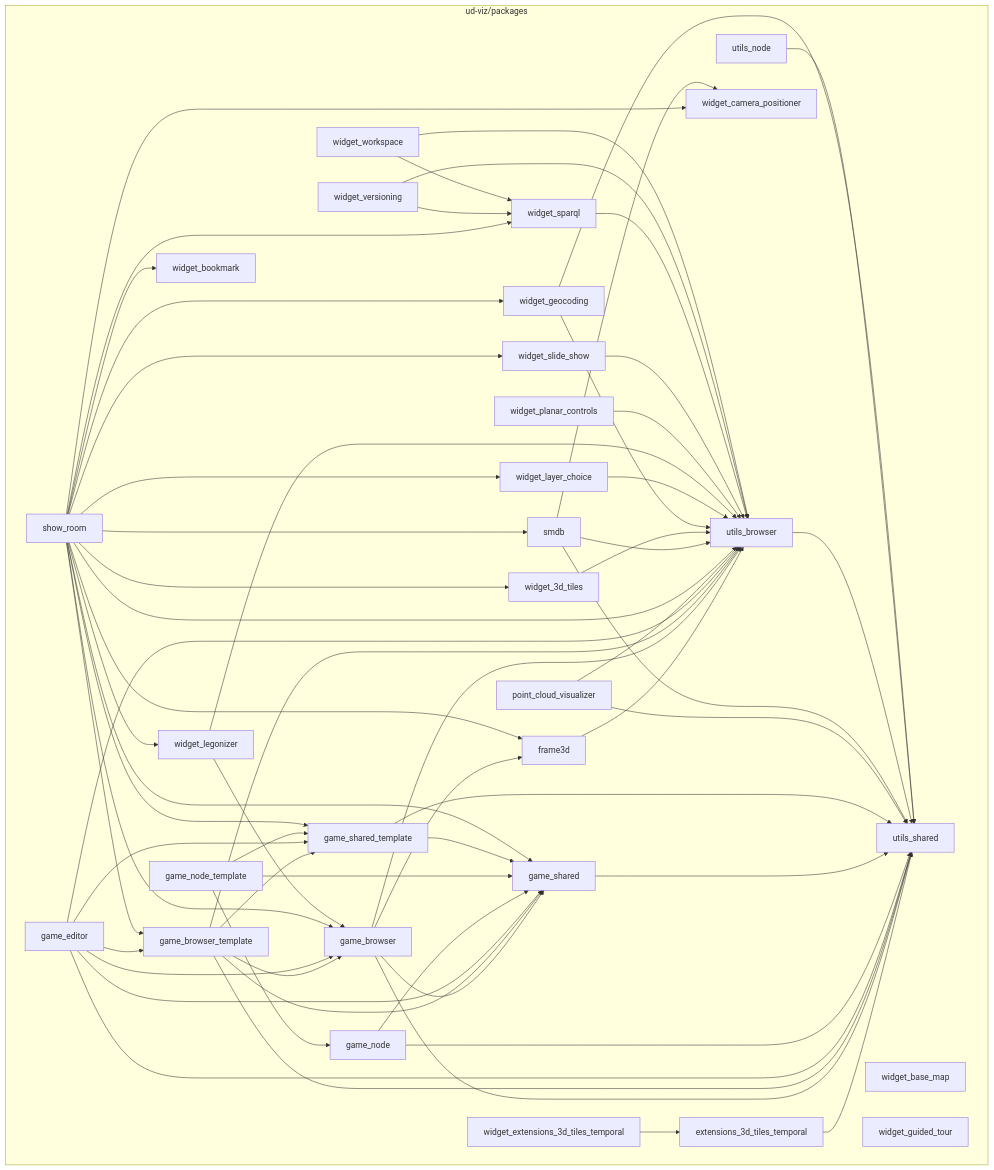
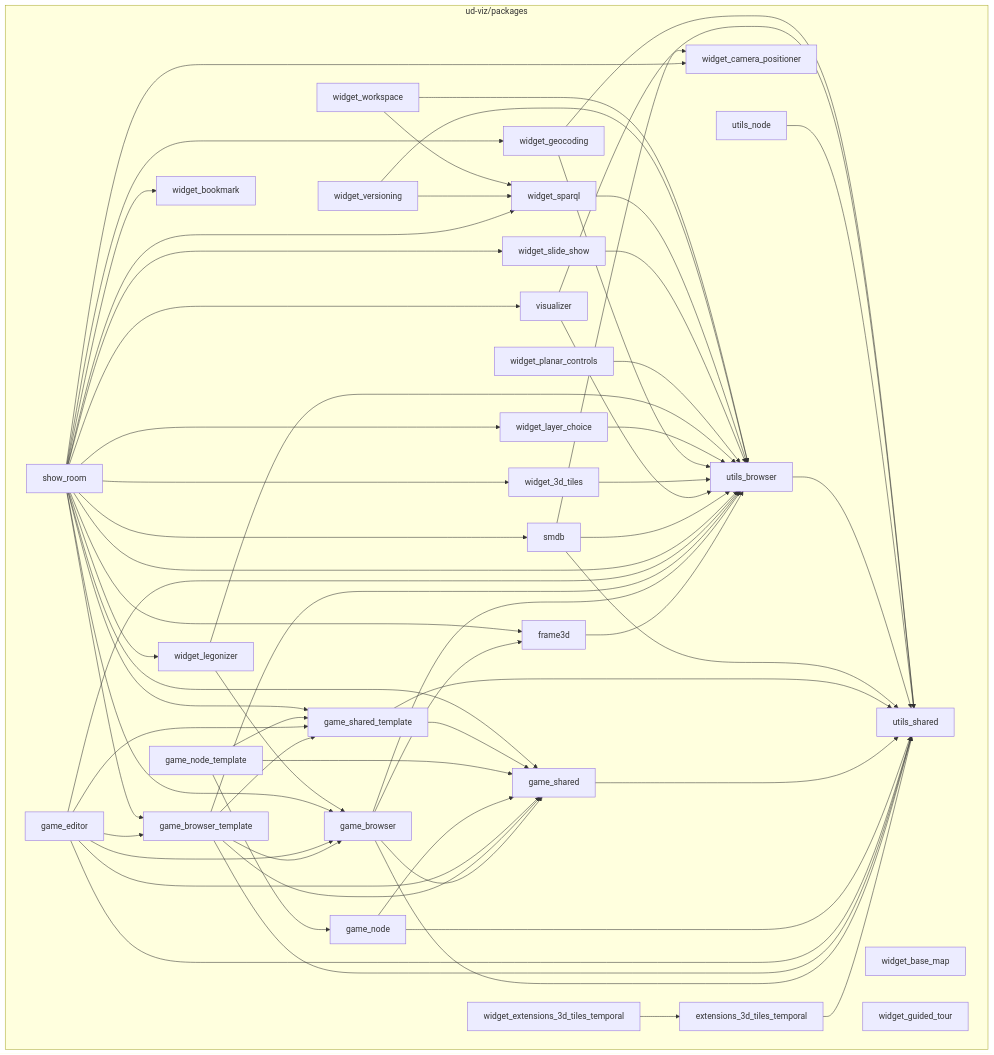
Before and after one commit to VCityTeam/UD-Viz: the diagram in docs/static/architecture.md, drawn with Mermaid. The commit also changed 46 other files, not shown here.

```diff
--- a/docs/static/architecture.md
+++ b/docs/static/architecture.md
@@ -13,12 +13,12 @@
 game_node_template
 game_shared
 game_shared_template
-point_cloud_visualizer
 show_room
 smdb
 utils_browser
 utils_node
 utils_shared
+visualizer
 widget_3d_tiles
 widget_base_map
 widget_bookmark
@@ -59,11 +59,10 @@
 game_shared-->utils_shared
 game_shared_template-->game_shared
 game_shared_template-->utils_shared
-point_cloud_visualizer-->utils_browser
-point_cloud_visualizer-->utils_shared
 show_room-->frame3d
 show_room-->smdb
 show_room-->utils_browser
+show_room-->visualizer
 show_room-->widget_camera_positioner
 show_room-->widget_geocoding
 show_room-->widget_layer_choice
@@ -81,6 +80,8 @@
 smdb-->widget_camera_positioner
 utils_browser-->utils_shared
 utils_node-->utils_shared
+visualizer-->utils_browser
+visualizer-->utils_shared
 widget_3d_tiles-->utils_browser
 widget_extensions_3d_tiles_temporal-->extensions_3d_tiles_temporal
 widget_geocoding-->utils_browser
```
